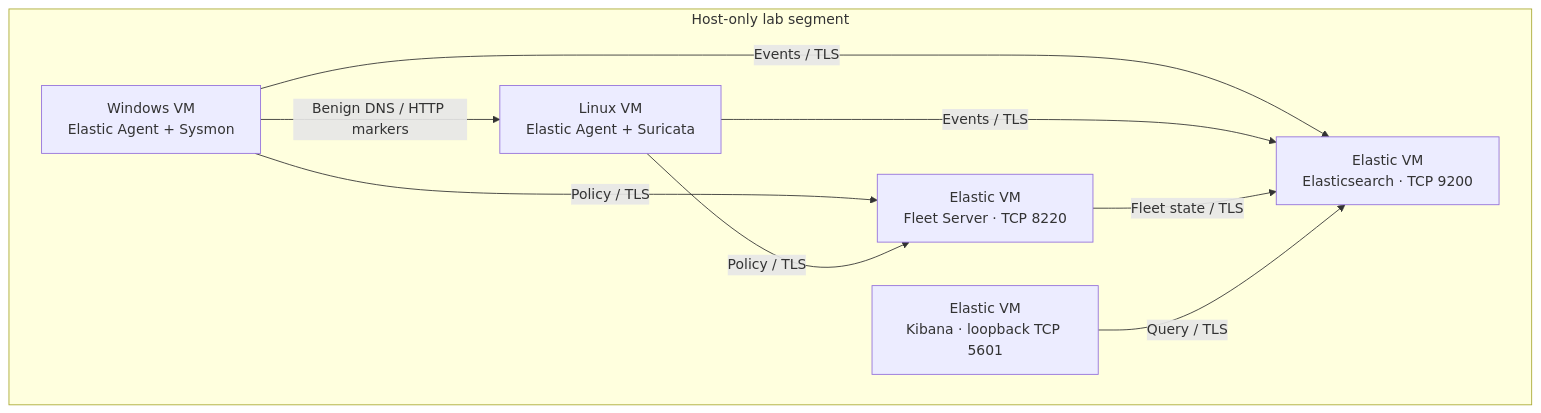
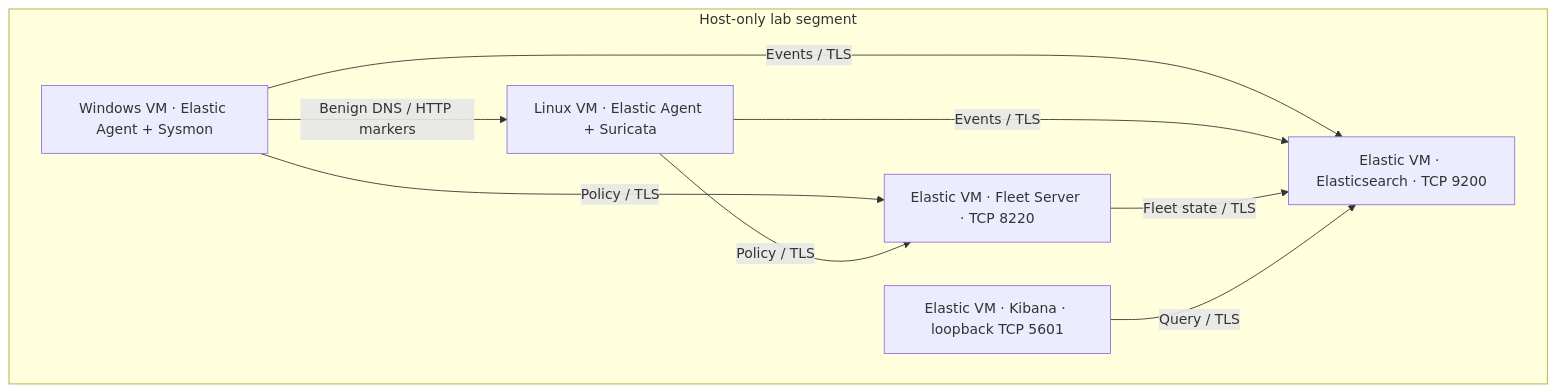
The diagram in docs/network.md (ngduyyy05/soc-home-lab), drawn with Mermaid before and after one commit. The commit also changed 8 other files, not shown here.

````diff
--- a/docs/network.md
+++ b/docs/network.md
@@ -3,17 +3,17 @@
 ```mermaid
 flowchart TB
     subgraph H["Host-only lab segment"]
-      W["Windows VM\nElastic Agent + Sysmon"]
-      S["Linux VM\nElastic Agent + Suricata"]
-      F["Elastic VM\nFleet Server · TCP 8220"]
-      E["Elastic VM\nElasticsearch · TCP 9200"]
-      K["Elastic VM\nKibana · loopback TCP 5601"]
+      W["Windows VM · Elastic Agent + Sysmon"]
+      S["Linux VM · Elastic Agent + Suricata"]
+      F["Elastic VM · Fleet Server · TCP 8220"]
+      E["Elastic VM · Elasticsearch · TCP 9200"]
+      K["Elastic VM · Kibana · loopback TCP 5601"]
       W -->|Policy / TLS| F
       S -->|Policy / TLS| F
       W -->|Events / TLS| E
       S -->|Events / TLS| E
       F -->|Fleet state / TLS| E
       K -->|Query / TLS| E
       W -->|Benign DNS / HTTP markers| S
     end
 ```
````
